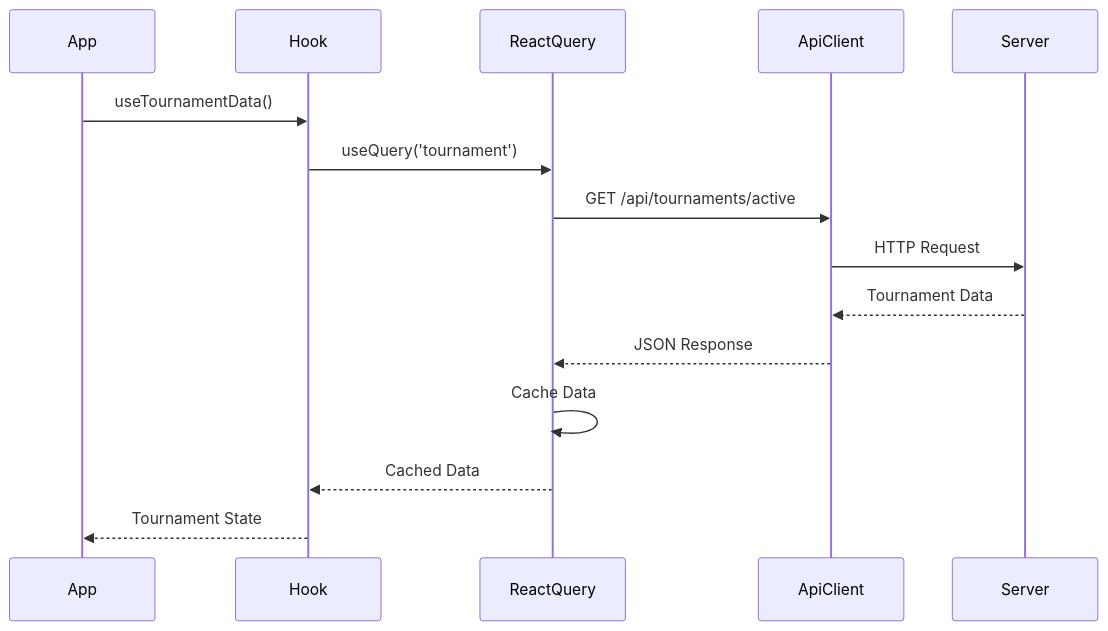
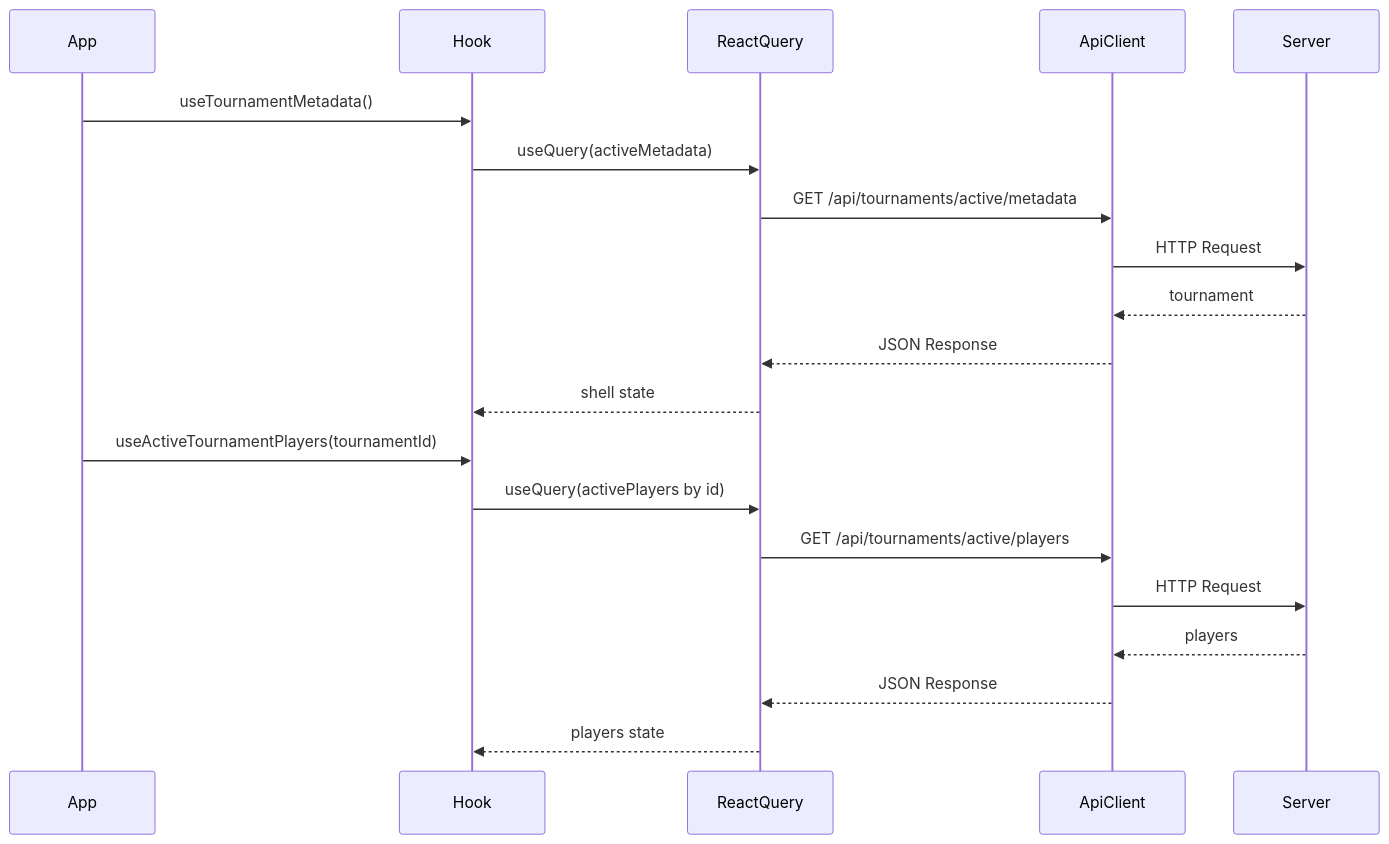
The first of 8 diagrams in spec/client/data-flow.md (MagRelo/cut), drawn with Mermaid before and after one commit. The commit also changed other lines of this file and 11 other files, not shown here.

First line of the commit message:
Refactor tournament data handling to separate metadata and player queries

````diff
--- a/spec/client/data-flow.md
+++ b/spec/client/data-flow.md
@@ -13,18 +15,24 @@
 ```mermaid
 sequenceDiagram
     participant App
     participant Hook
     participant ReactQuery
     participant ApiClient
     participant Server
-    
-    App->>Hook: useTournamentData()
-    Hook->>ReactQuery: useQuery('tournament')
-    ReactQuery->>ApiClient: GET /api/tournaments/active
+
+    App->>Hook: useTournamentMetadata()
+    Hook->>ReactQuery: useQuery(activeMetadata)
+    ReactQuery->>ApiClient: GET /api/tournaments/active/metadata
     ApiClient->>Server: HTTP Request
-    Server-->>ApiClient: Tournament Data
+    Server-->>ApiClient: tournament
     ApiClient-->>ReactQuery: JSON Response
-    ReactQuery->>ReactQuery: Cache Data
-    ReactQuery-->>Hook: Cached Data
-    Hook-->>App: Tournament State
+    ReactQuery-->>Hook: shell state
+
+    App->>Hook: useActiveTournamentPlayers(tournamentId)
+    Hook->>ReactQuery: useQuery(activePlayers by id)
+    ReactQuery->>ApiClient: GET /api/tournaments/active/players
+    ApiClient->>Server: HTTP Request
+    Server-->>ApiClient: players
+    ApiClient-->>ReactQuery: JSON Response
+    ReactQuery-->>Hook: players state
 ```
````
